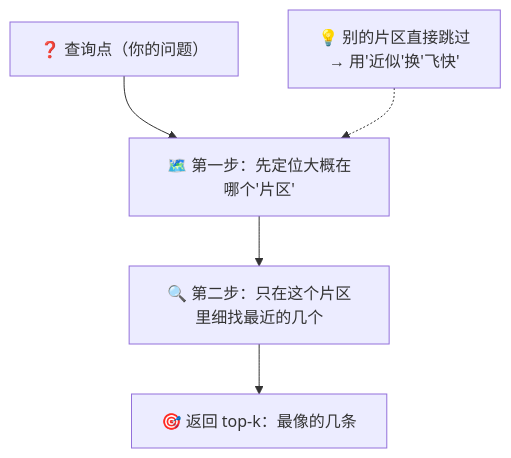
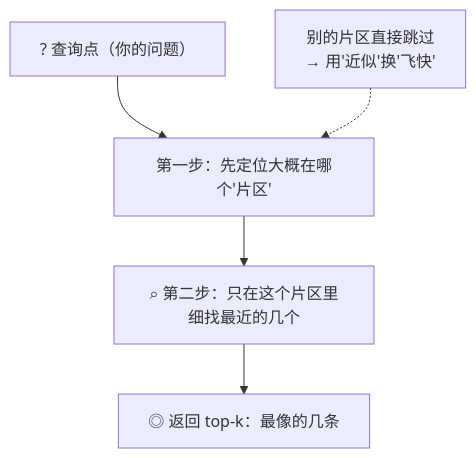
One commit to luckykhy/KhyAiHub changed the third of 7 diagrams in docs/02_CONCEPTS_概念入门/CONCEPT/[CONCEPT-10] 什么是向量数据库.md. Above: the diagram before and after it, drawn with Mermaid. The commit also changed other lines of this file and 19 other files, not shown here.

````diff
--- a/docs/02_CONCEPTS_概念入门/CONCEPT/[CONCEPT-10] 什么是向量数据库.md
+++ b/docs/02_CONCEPTS_概念入门/CONCEPT/[CONCEPT-10] 什么是向量数据库.md
@@ -98,7 +98,7 @@
 ```mermaid
 flowchart TB
-  Q["❓ 查询点（你的问题）"] --> STEP1["🗺️ 第一步：先定位大概在哪个'片区'"]
-  STEP1 --> STEP2["🔍 第二步：只在这个片区里细找最近的几个"]
-  STEP2 --> RESULT["🎯 返回 top-k：最像的几条"]
-  NOTE["💡 别的片区直接跳过<br/>→ 用'近似'换'飞快'"] -.-> STEP1
+  Q["? 查询点（你的问题）"] --> STEP1["第一步：先定位大概在哪个'片区'"]
+  STEP1 --> STEP2["⌕ 第二步：只在这个片区里细找最近的几个"]
+  STEP2 --> RESULT["◎ 返回 top-k：最像的几条"]
+  NOTE["别的片区直接跳过<br/>→ 用'近似'换'飞快'"] -.-> STEP1
 ```
````
